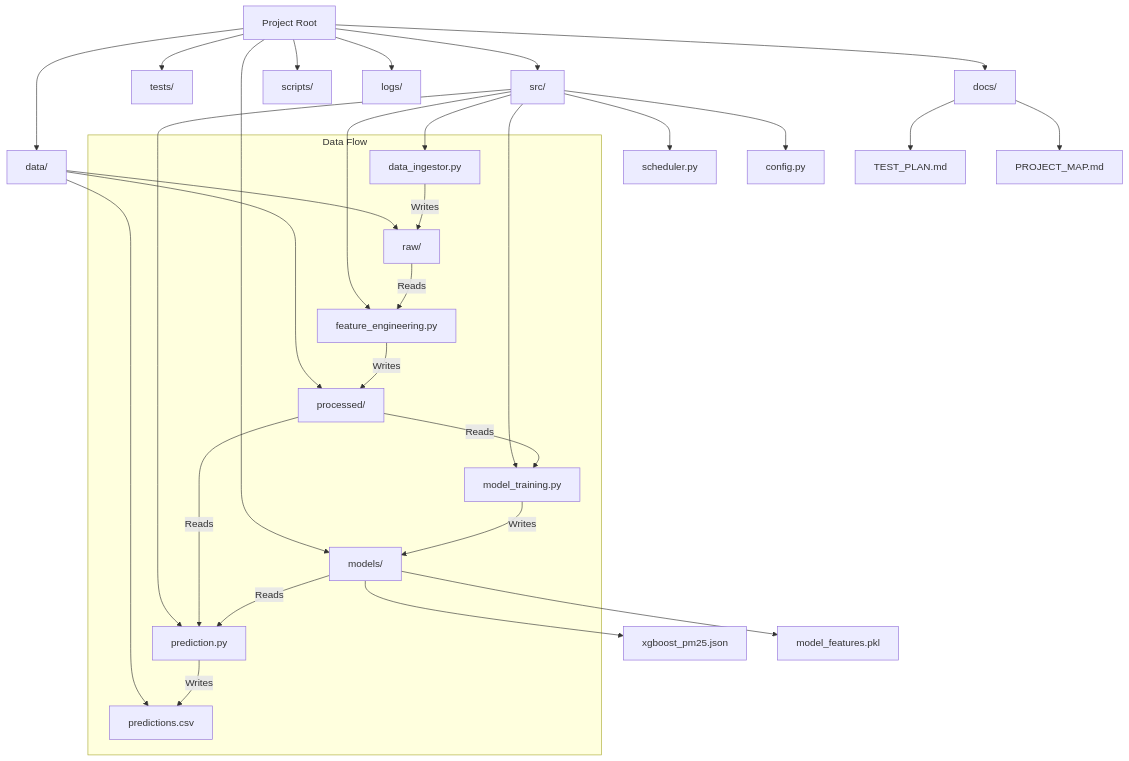
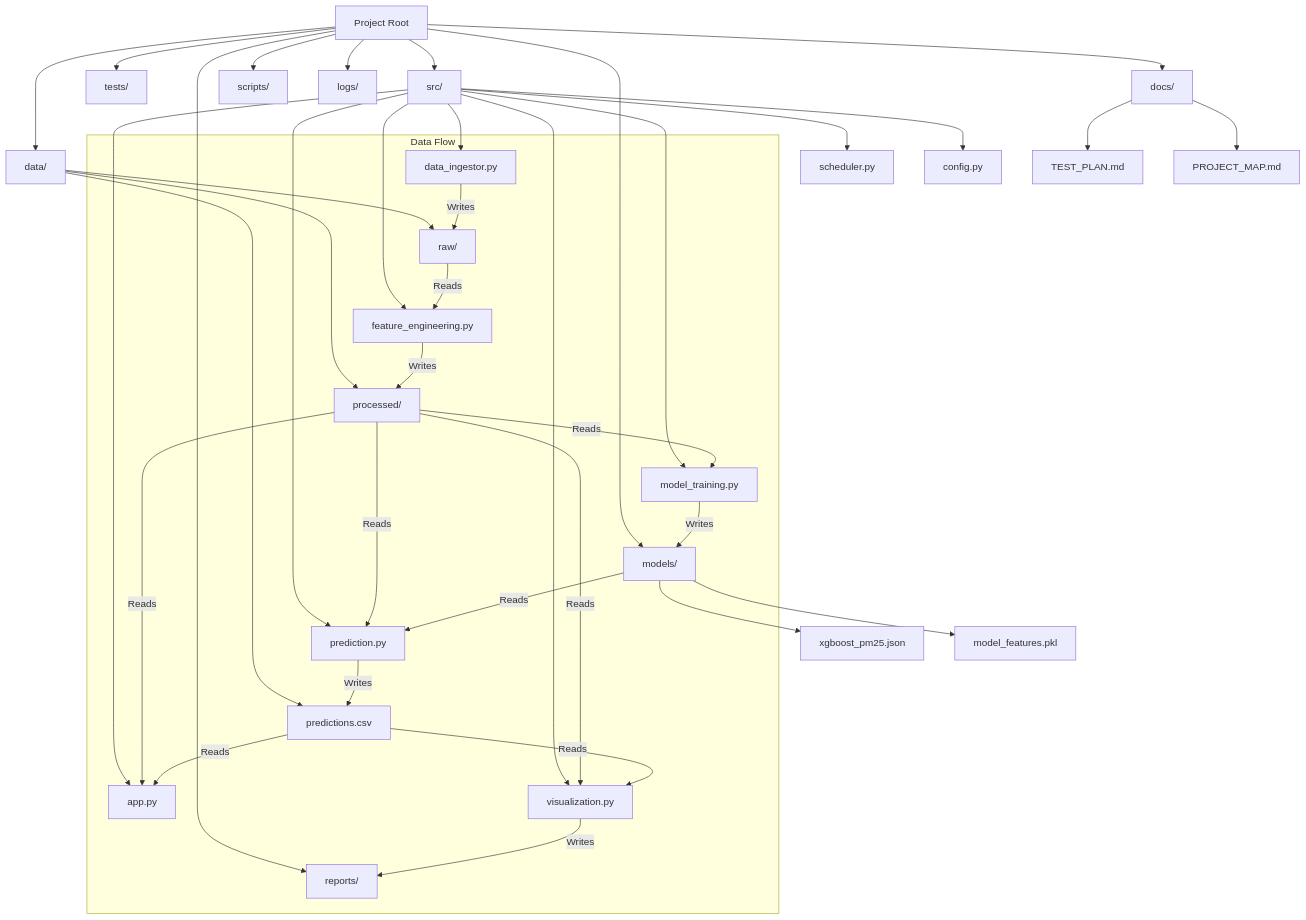
One commit to ybsa/BreatheSmart-An-Automated-Data-Pipeline-for-Urban-Air-Quality-Forecasting changed the diagram in docs/PROJECT_MAP.md. Above: the diagram before and after it, drawn with Mermaid. The commit also changed other lines of this file and 4 other files, not shown here.

````diff
--- a/docs/PROJECT_MAP.md
+++ b/docs/PROJECT_MAP.md
@@ -5,38 +5,48 @@
 ```mermaid
 graph TD
     Root[Project Root] --> Src[src/]
     Root --> Data[data/]
     Root --> Tests[tests/]
     Root --> Docs[docs/]
     Root --> Scripts[scripts/]
     Root --> Logs[logs/]
     Root --> Models[models/]
 
     Src --> Ingestor[data_ingestor.py]
     Src --> FeatEng[feature_engineering.py]
     Src --> Trainer[model_training.py]
     Src --> Predictor[prediction.py]
     Src --> Scheduler[scheduler.py]
     Src --> Config[config.py]
 
     Data --> Raw[raw/]
     Data --> Processed[processed/]
     Data --> Preds[predictions.csv]
 
     Docs --> Plan[TEST_PLAN.md]
     Docs --> Map[PROJECT_MAP.md]
 
     Models --> ModelFile[xgboost_pm25.json]
     Models --> ModelFeats[model_features.pkl]
 
+    Src --> App[app.py]
+    Src --> Viz[visualization.py]
+    
+    Root --> Reports[reports/]
+
     subgraph "Data Flow"
         Ingestor -->|Writes| Raw
         Raw -->|Reads| FeatEng
         FeatEng -->|Writes| Processed
         Processed -->|Reads| Trainer
         Processed -->|Reads| Predictor
         Trainer -->|Writes| Models
         Models -->|Reads| Predictor
         Predictor -->|Writes| Preds
+        Processed -->|Reads| Viz
+        Preds -->|Reads| Viz
+        Viz -->|Writes| Reports
+        Processed -->|Reads| App
+        Preds -->|Reads| App
     end
 ```
````
